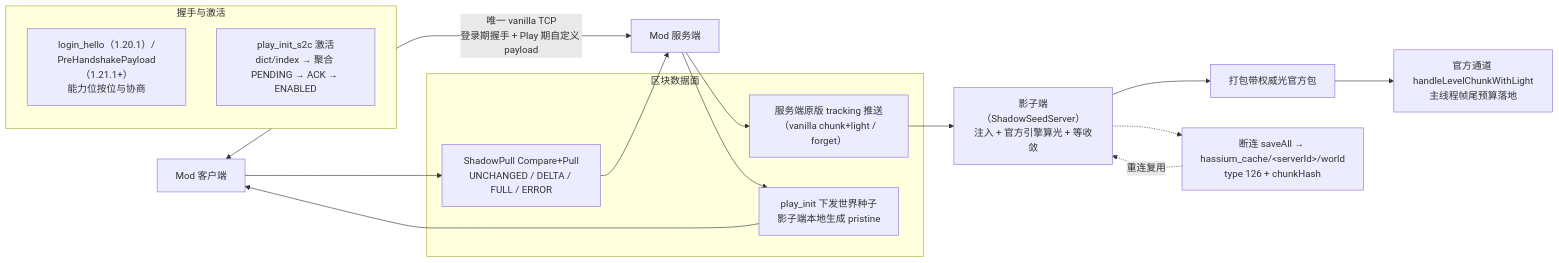
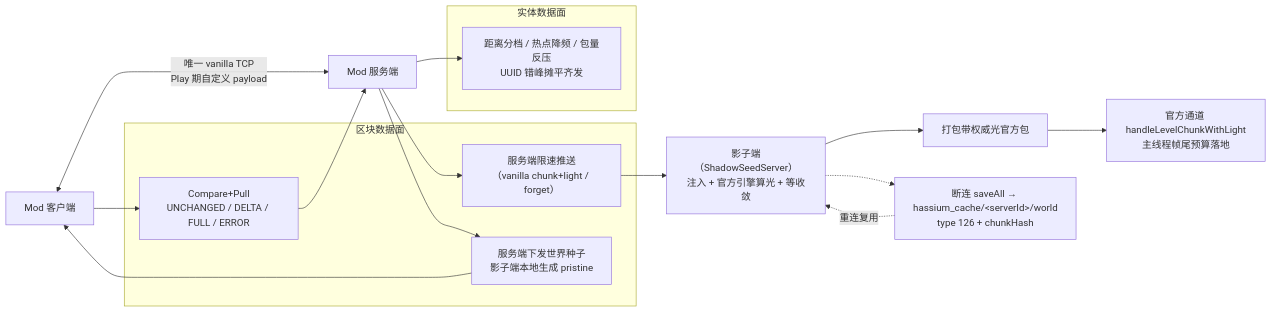
One commit to limuqy/Hassium changed the diagram in README.md. Above: the diagram before and after it, drawn with Mermaid. The commit also changed other lines of this file and 26 other files, not shown here.

First line of the commit message:
docs: unify user capability tables and align config docs with ConfigSchema

````diff
--- a/README.md
+++ b/README.md
@@ -130,24 +141,24 @@
 ```mermaid
 flowchart LR
-    client["Mod 客户端"] <-->|"唯一 vanilla TCP<br/>登录期握手 + Play 期自定义 payload"| server["Mod 服务端"]
-    subgraph 握手与激活
-        hs["login_hello（1.20.1）/<br/>PreHandshakePayload（1.21.1+）<br/>能力位按位与协商"]
-        act["play_init_s2c 激活<br/>dict/index → 聚合 PENDING → ACK → ENABLED"]
+    client["Mod 客户端"] <-->|"唯一 vanilla TCP<br/>Play 期自定义 payload"| server["Mod 服务端"]
+    subgraph 区块数据面
+        push["服务端限速推送<br/>（vanilla chunk+light / forget）"]
+        pull["Compare+Pull<br/>UNCHANGED / DELTA / FULL / ERROR"]
+        seed["服务端下发世界种子<br/>影子端本地生成 pristine"]
     end
-    subgraph 区块数据面
-        push["服务端原版 tracking 推送<br/>（vanilla chunk+light / forget）"]
-        pull["ShadowPull Compare+Pull<br/>UNCHANGED / DELTA / FULL / ERROR"]
-        seed["play_init 下发世界种子<br/>影子端本地生成 pristine"]
+    subgraph 实体数据面
+        ent["距离分档 / 热点降频 / 包量反压<br/>UUID 错峰摊平齐发"]
     end
     shadow["影子端（ShadowSeedServer）<br/>注入 + 官方引擎算光 + 等收敛"]
     pack["打包带权威光官方包"]
     apply["官方通道 handleLevelChunkWithLight<br/>主线程帧尾预算落地"]
     save["断连 saveAll → hassium_cache/&lt;serverId&gt;/world<br/>type 126 + chunkHash"]
 
     server --> push --> shadow
     client --> pull --> server
     server --> seed --> client
+    server --> ent
     shadow --> pack --> apply
     shadow -.-> save
     save -.->|"重连复用"| shadow
 ```
````
